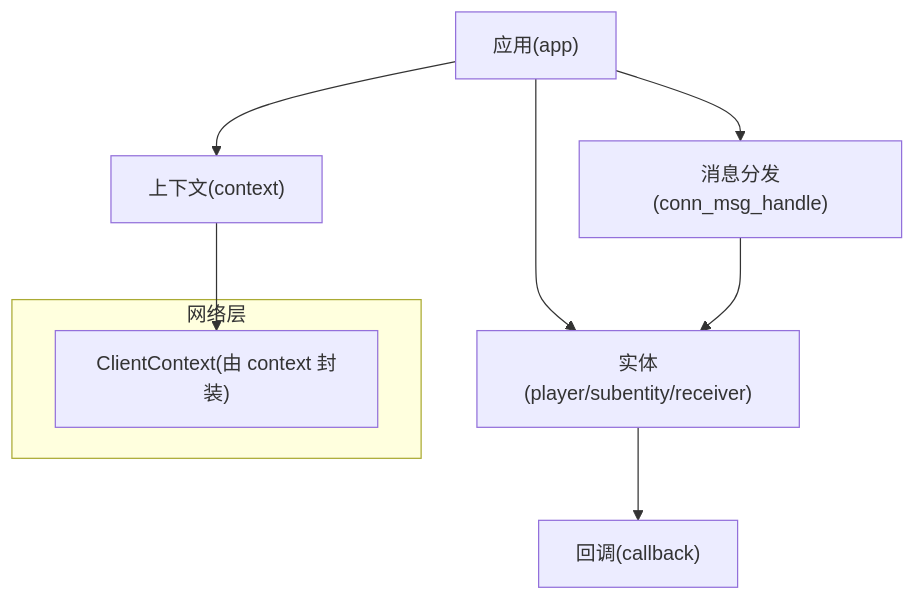
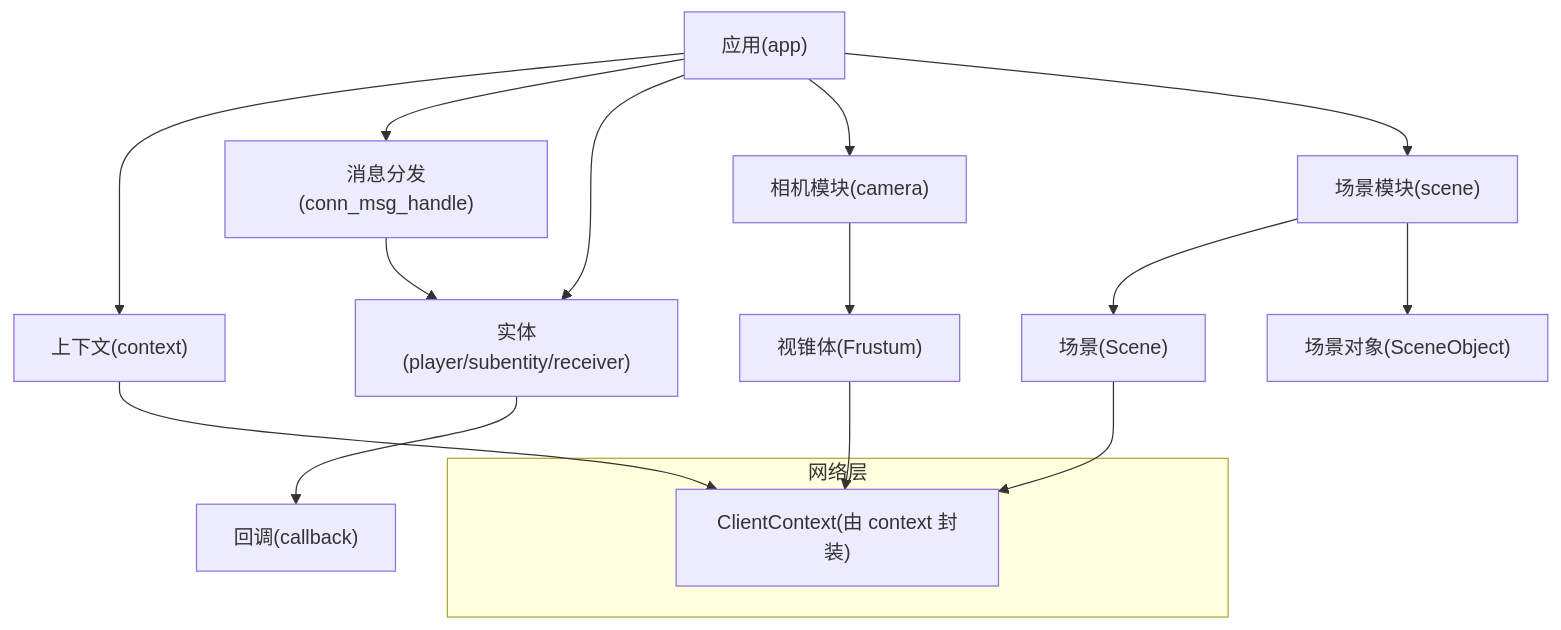
One commit to qianqians/geese changed the second of 10 diagrams in .qoder/repowiki/zh/content/示例项目/客户端示例/Python 客户端示例.md. Above: the diagram before and after it, drawn with Mermaid. The commit also changed other lines of this file and 8 other files, not shown here.

````diff
--- a/.qoder/repowiki/zh/content/示例项目/客户端示例/Python 客户端示例.md
+++ b/.qoder/repowiki/zh/content/示例项目/客户端示例/Python 客户端示例.md
@@ -115,12 +135,19 @@
 ```mermaid
 graph TB
 A["应用(app)"] --> B["上下文(context)"]
 A --> C["消息分发(conn_msg_handle)"]
 A --> D["实体(player/subentity/receiver)"]
 D --> E["回调(callback)"]
+A --> F["相机模块(camera)"]
+A --> G["场景模块(scene)"]
+F --> H["视锥体(Frustum)"]
+G --> I["场景(Scene)"]
+G --> J["场景对象(SceneObject)"]
 subgraph "网络层"
-F["ClientContext(由 context 封装)"]
+K["ClientContext(由 context 封装)"]
 end
-B --> F
+B --> K
 C --> D
+H --> K
+I --> K
 ```
````
